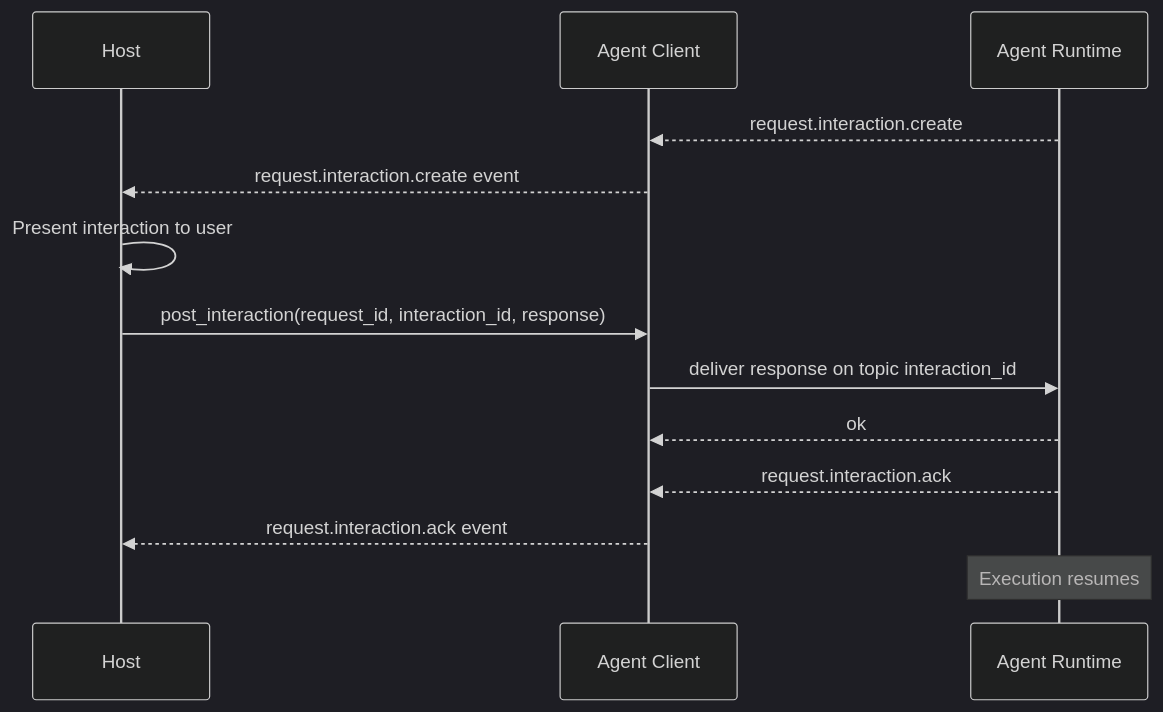
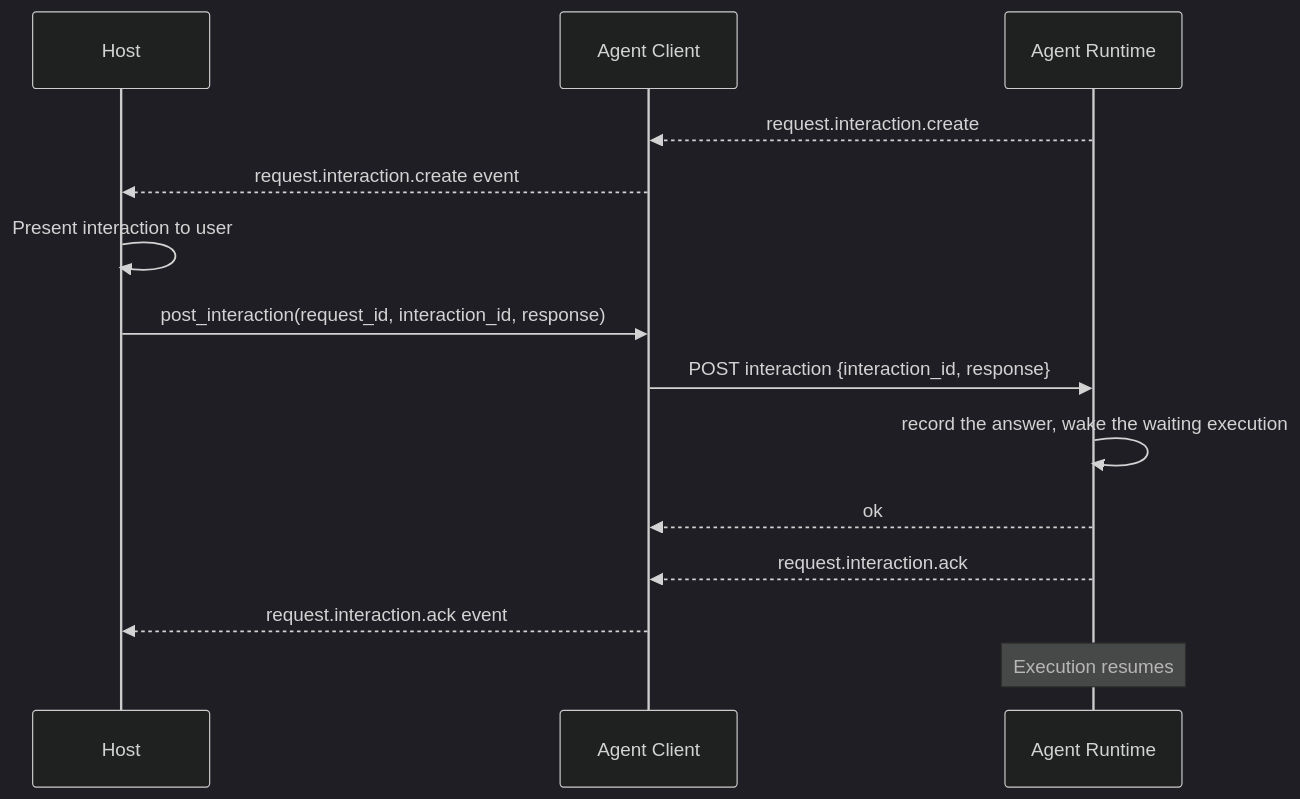
The third of 3 diagrams in docs/rfcs/host-to-agent-protocol.md (imsid/mashpy), drawn with Mermaid (dark theme) before and after one commit. The commit also changed other lines of this file and 92 other files, not shown here.

````diff
--- a/docs/rfcs/host-to-agent-protocol.md
+++ b/docs/rfcs/host-to-agent-protocol.md
@@ -435,16 +450,17 @@
 ```mermaid
 sequenceDiagram
     participant Host
     participant Client as Agent Client
     participant Agent as Agent Runtime
 
     Agent-->>Client: request.interaction.create
     Client-->>Host: request.interaction.create event
     Host->>Host: Present interaction to user
     Host->>Client: post_interaction(request_id, interaction_id, response)
-    Client->>Agent: deliver response on topic interaction_id
+    Client->>Agent: POST interaction {interaction_id, response}
+    Agent->>Agent: record the answer, wake the waiting execution
     Agent-->>Client: ok
     Agent-->>Client: request.interaction.ack
     Client-->>Host: request.interaction.ack event
     Note over Agent: Execution resumes
 ```
````
